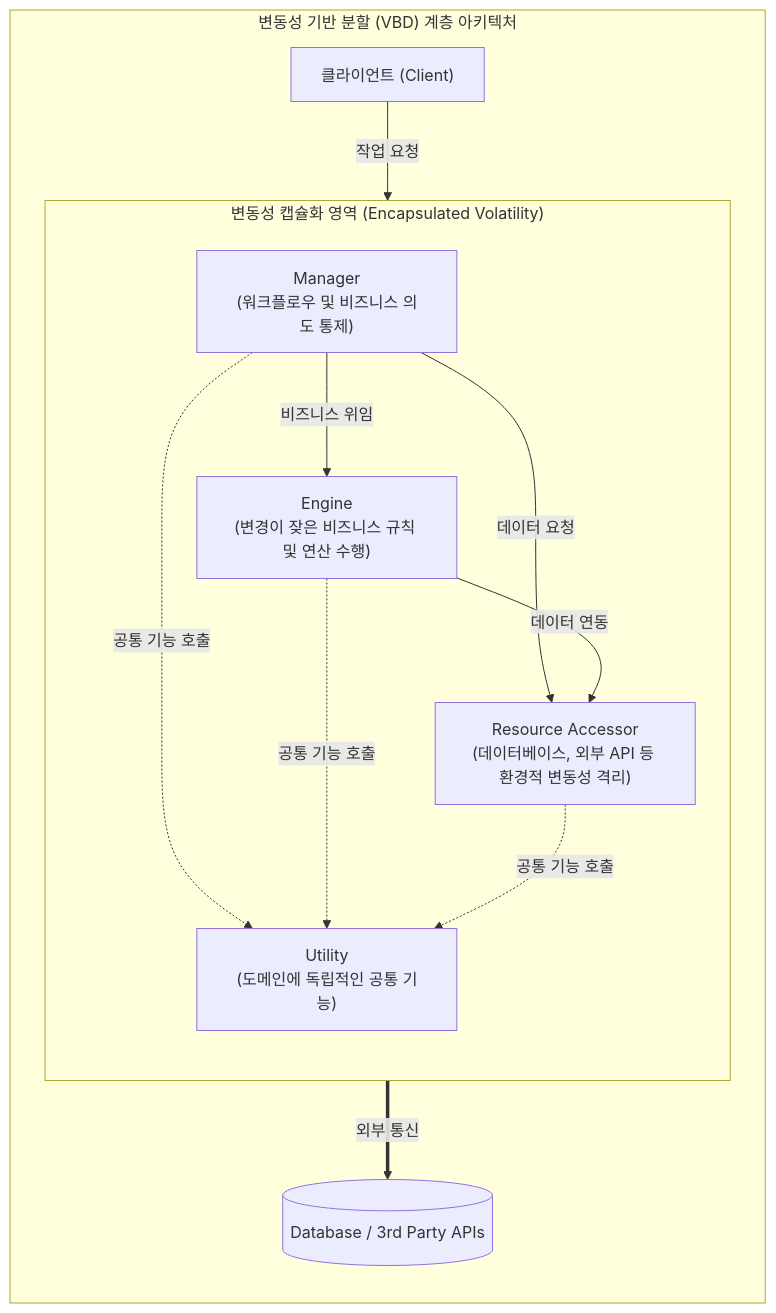
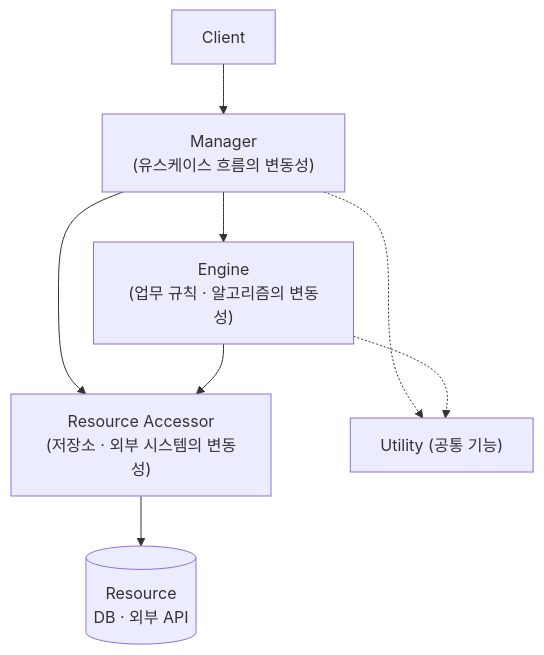
One commit to supremethumb/supremethumb.github.io changed the diagram in content/01_IT Tech/변동성.md. Above: the diagram before and after it, drawn with Mermaid. The commit also changed other lines of this file and 1087 other files, not shown here.

````diff
--- a/content/01_IT Tech/변동성.md
+++ b/content/01_IT Tech/변동성.md
@@ -28,28 +34,10 @@
 ```mermaid
 flowchart TB
-    subgraph System_Architecture["변동성 기반 분할 (VBD) 계층 아키텍처"]
-        direction TB
-        Client["클라이언트 (Client)"]
-        
-        subgraph VBD["변동성 캡슐화 영역 (Encapsulated Volatility)"]
-            direction TB
-            Manager["Manager<br/>(워크플로우 및 비즈니스 의도 통제)"]
-            Engine["Engine<br/>(변경이 잦은 비즈니스 규칙 및 연산 수행)"]
-            Accessor["Resource Accessor<br/>(데이터베이스, 외부 API 등 환경적 변동성 격리)"]
-            Utility["Utility<br/>(도메인에 독립적인 공통 기능)"]
-            
-            Manager -->|비즈니스 위임| Engine
-            Manager -->|데이터 요청| Accessor
-            Engine -->|데이터 연동| Accessor
-            Manager -. "공통 기능 호출" .-> Utility
-            Engine -. "공통 기능 호출" .-> Utility
-            Accessor -. "공통 기능 호출" .-> Utility
-        end
-        
-        External[("Database / 3rd Party APIs")]
-        
-        Client -->|작업 요청| Manager
-        Accessor ==>|외부 통신| External
-    end
-
+    CL["Client"] --> MG["Manager<br/>(유스케이스 흐름의 변동성)"]
+    MG --> EN["Engine<br/>(업무 규칙 · 알고리즘의 변동성)"]
+    MG --> RA["Resource Accessor<br/>(저장소 · 외부 시스템의 변동성)"]
+    EN --> RA
+    RA --> RS[("Resource<br/>DB · 외부 API")]
+    MG -.-> UT["Utility (공통 기능)"]
+    EN -.-> UT
 ```
````
